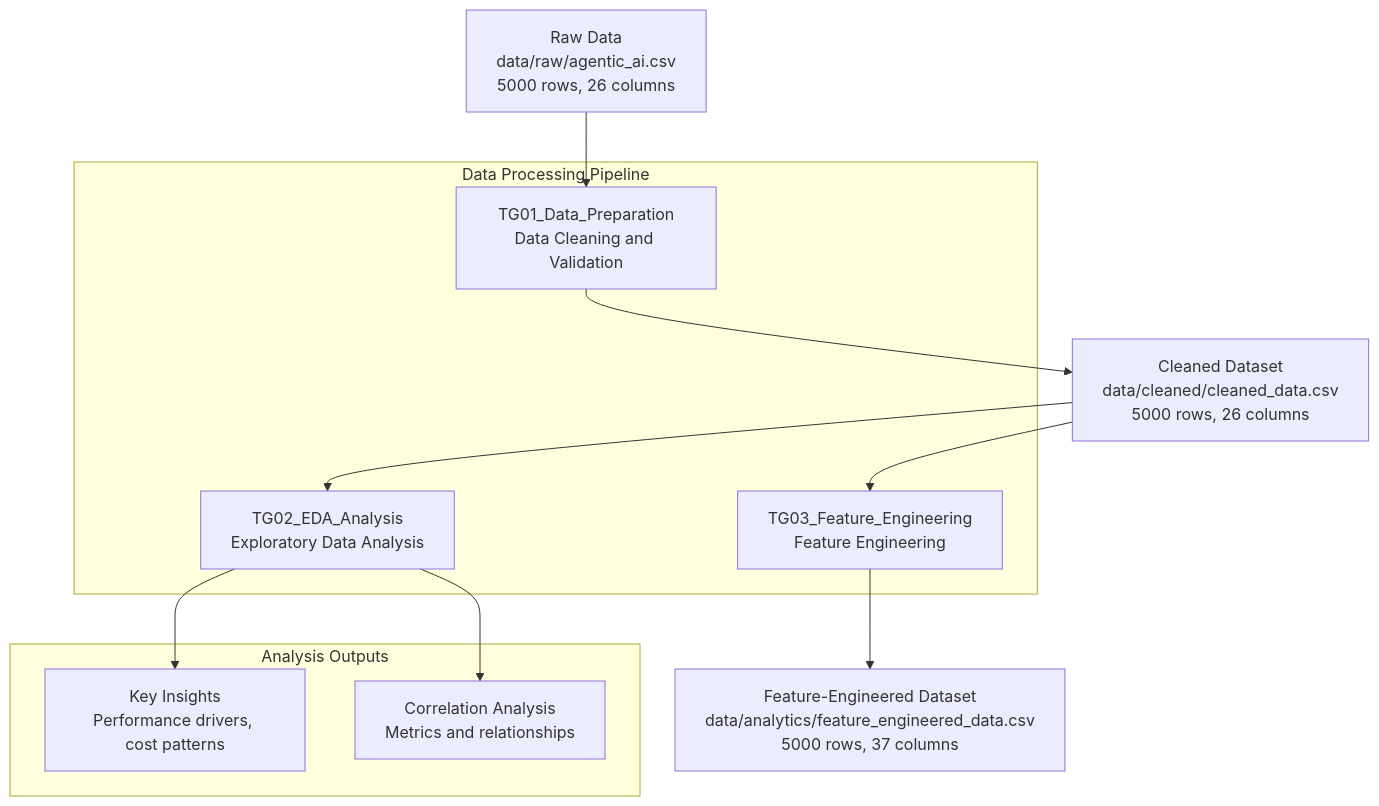
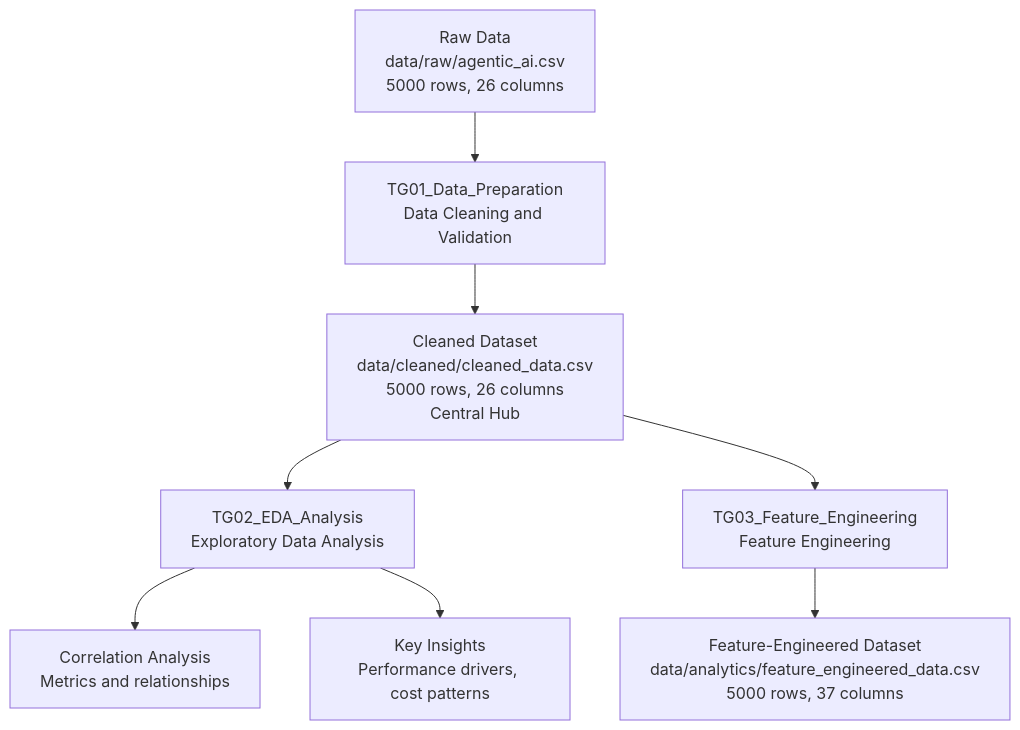
The diagram in README.md (Mrnidhi/agentic-cost-performance-analysis), drawn with Mermaid before and after one commit.

Commit message:
post fix

````diff
--- a/README.md
+++ b/README.md
@@ -22,26 +22,24 @@
 ```mermaid
 flowchart TB
     RawData[Raw Data<br/>data/raw/agentic_ai.csv<br/>5000 rows, 26 columns]
     
-    subgraph Pipeline["Data Processing Pipeline"]
-        Step1[TG01_Data_Preparation<br/>Data Cleaning and Validation]
-        Step2[TG02_EDA_Analysis<br/>Exploratory Data Analysis]
-        Step3[TG03_Feature_Engineering<br/>Feature Engineering]
-    end
+    Step1[TG01_Data_Preparation<br/>Data Cleaning and Validation]
     
-    CleanedData[Cleaned Dataset<br/>data/cleaned/cleaned_data.csv<br/>5000 rows, 26 columns]
+    CleanedData[Cleaned Dataset<br/>data/cleaned/cleaned_data.csv<br/>5000 rows, 26 columns<br/>Central Hub]
+    
+    Step2[TG02_EDA_Analysis<br/>Exploratory Data Analysis]
+    Step3[TG03_Feature_Engineering<br/>Feature Engineering]
+    
+    Insights[Key Insights<br/>Performance drivers, cost patterns]
+    Correlations[Correlation Analysis<br/>Metrics and relationships]
+    
     FeatureData[Feature-Engineered Dataset<br/>data/analytics/feature_engineered_data.csv<br/>5000 rows, 37 columns]
-    
-    subgraph Analysis["Analysis Outputs"]
-        Insights[Key Insights<br/>Performance drivers, cost patterns]
-        Correlations[Correlation Analysis<br/>Metrics and relationships]
-    end
     
     RawData --> Step1
     Step1 --> CleanedData
     CleanedData --> Step2
+    CleanedData --> Step3
     Step2 --> Correlations
     Step2 --> Insights
-    CleanedData --> Step3
     Step3 --> FeatureData
 ```
````
